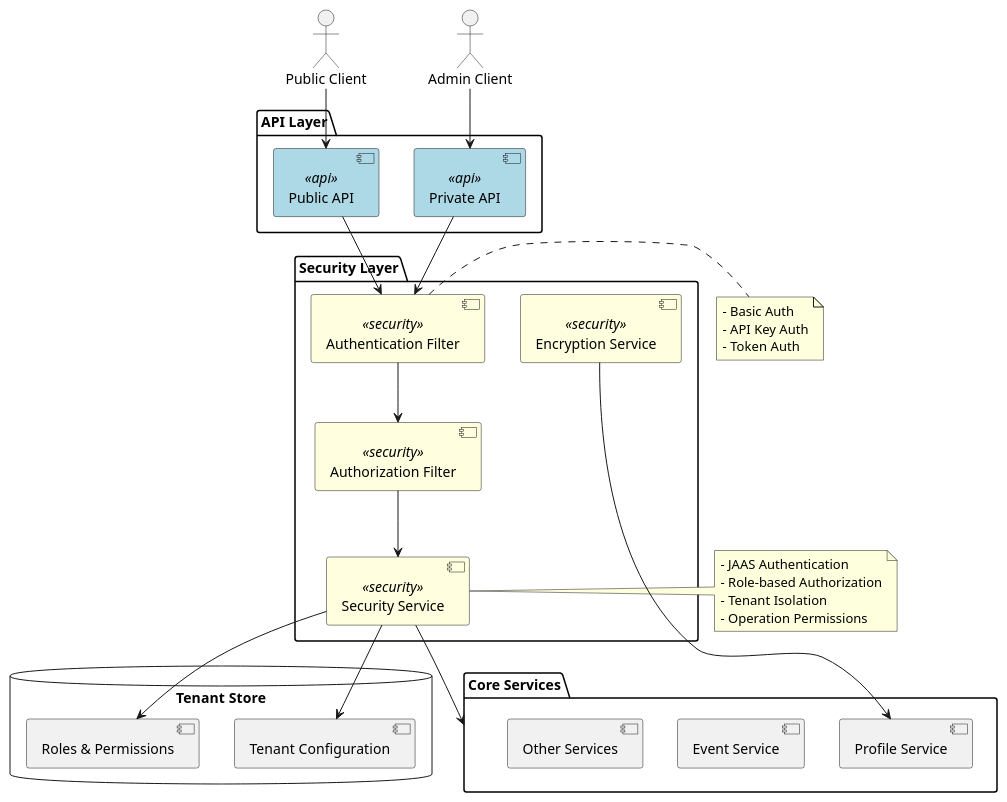
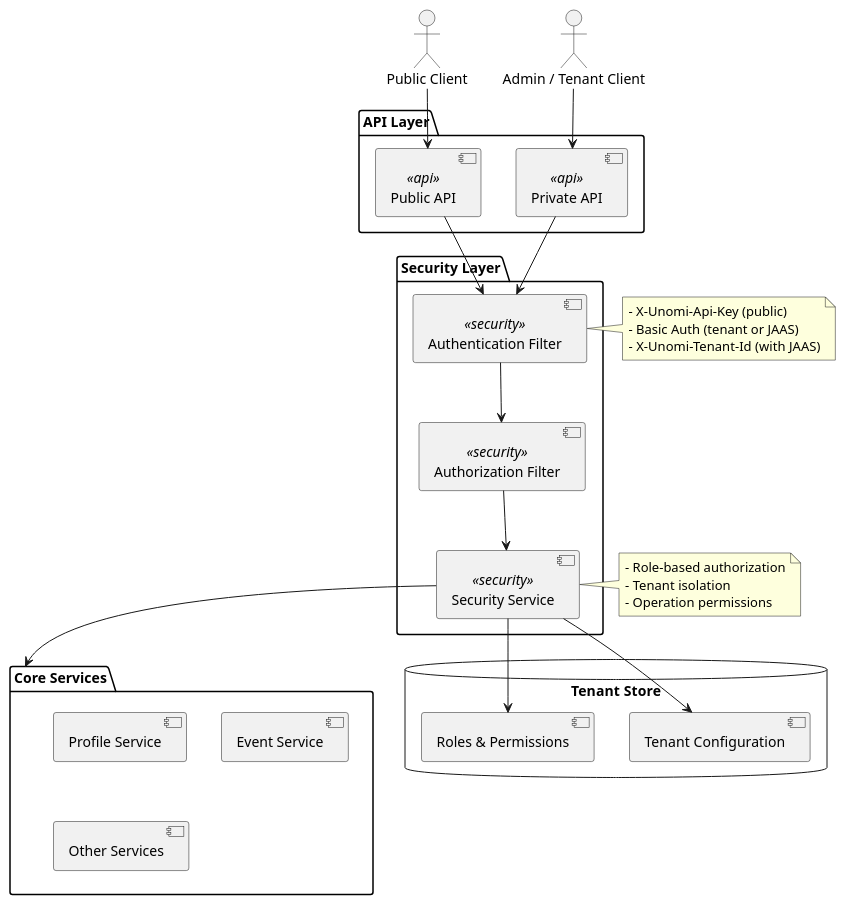
Before and after one commit to apache/unomi: the second of 3 diagrams in manual/src/main/asciidoc/security.adoc, drawn with PlantUML. The commit also changed other lines of this file and 61 other files, not shown here.

First line of the commit message:
UNOMI-969: Brand PlantUML diagrams with Unomi theme colors (#831)

```diff
--- a/manual/src/main/asciidoc/security.adoc
+++ b/manual/src/main/asciidoc/security.adoc
@@ -17,64 +76,56 @@
 [plantuml]
 ----
 @startuml
 skinparam componentStyle uml2
-skinparam component {
-  BackgroundColor<<security>> LightYellow
-  BackgroundColor<<api>> LightBlue
-}
 
 package "Security Layer" {
   [Security Service] <<security>>
   [Authentication Filter] <<security>>
   [Authorization Filter] <<security>>
-  [Encryption Service] <<security>>
 }
 
 package "API Layer" {
   [Public API] <<api>>
   [Private API] <<api>>
 }
 
 package "Core Services" {
   [Profile Service]
   [Event Service]
   [Other Services]
 }
 
 actor "Public Client" as public
-actor "Admin Client" as admin
+actor "Admin / Tenant Client" as admin
 
 database "Tenant Store" {
   [Tenant Configuration]
   [Roles & Permissions]
 }
 
 public --> [Public API]
 admin --> [Private API]
 
 [Public API] --> [Authentication Filter]
 [Private API] --> [Authentication Filter]
 
 [Authentication Filter] --> [Authorization Filter]
 [Authorization Filter] --> [Security Service]
 [Security Service] --> [Tenant Configuration]
 [Security Service] --> [Roles & Permissions]
+[Security Service] --> [Core Services]
 
-[Security Service] --> [Core Services]
-[Encryption Service] --> [Profile Service]
+note right of [Authentication Filter]
+  - X-Unomi-Api-Key (public)
+  - Basic Auth (tenant or JAAS)
+  - X-Unomi-Tenant-Id (with JAAS)
+end note
 
 note right of [Security Service]
-  - JAAS Authentication
-  - Role-based Authorization
-  - Tenant Isolation
-  - Operation Permissions
-end note
-
-note right of [Authentication Filter]
-  - Basic Auth
-  - API Key Auth
-  - Token Auth
+  - Role-based authorization
+  - Tenant isolation
+  - Operation permissions
 end note
 
 @enduml
 ----
```
